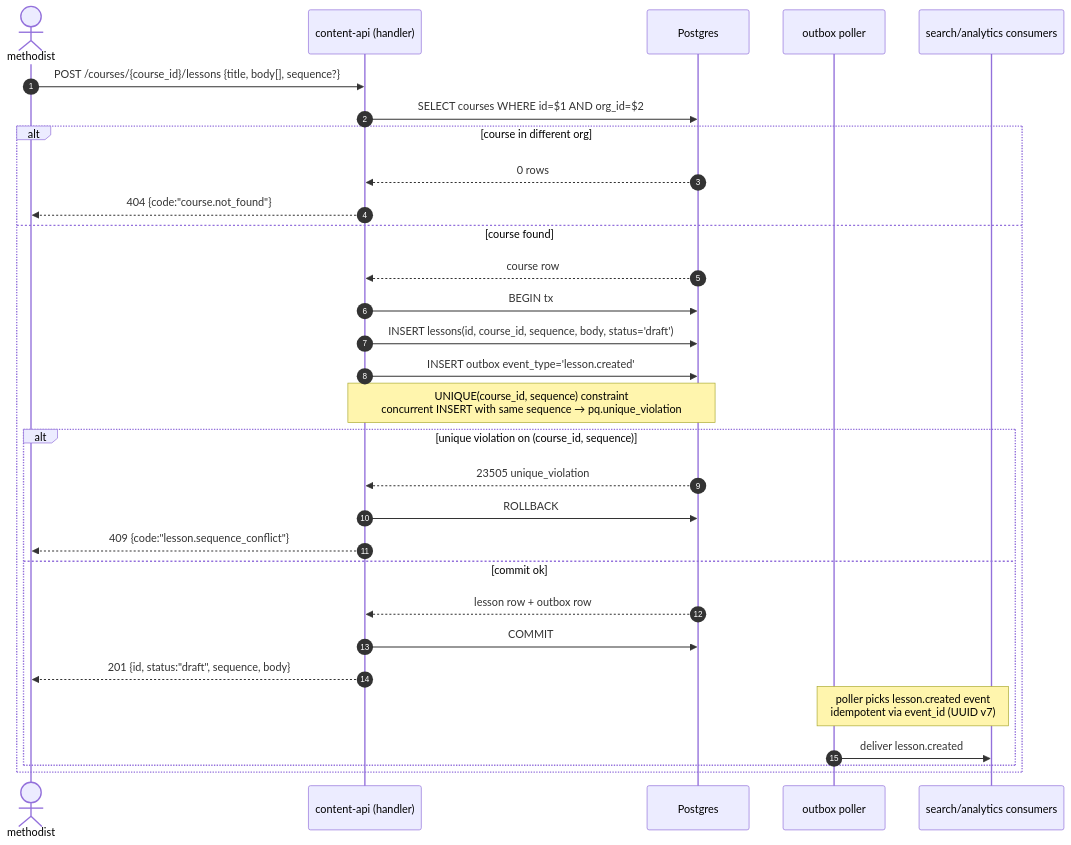
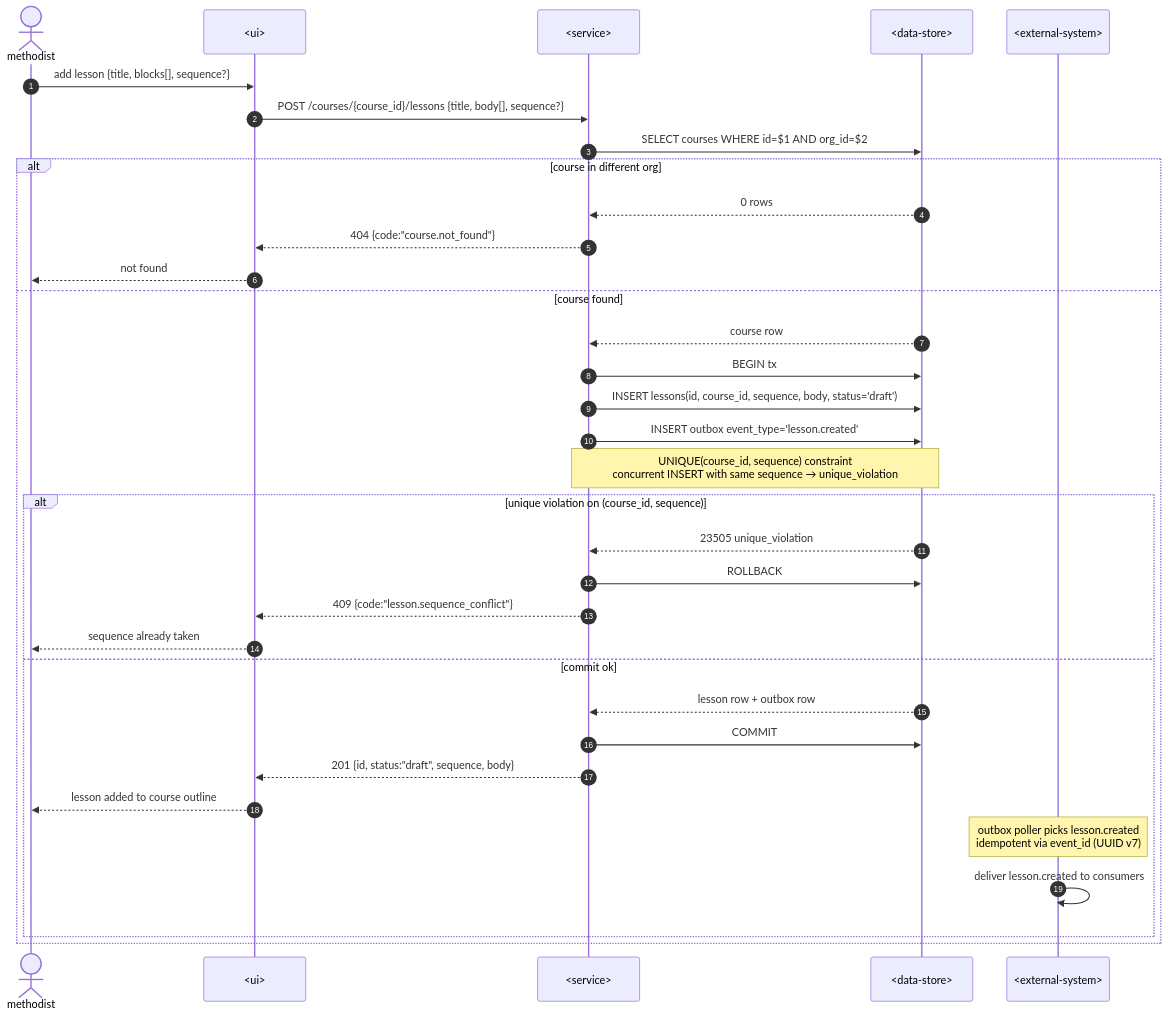
One commit to genkovich/agentic-engineering-course-public changed the fourth of 13 diagrams in modules/6-sdlc/sdlc/examples/course-lesson-mvp/sad.md. Above: the diagram before and after it, drawn with Mermaid. The commit also changed other lines of this file and 139 other files, not shown here.

First line of the commit message:
sdlc: синк плагіна до v4.5.1 (21 skill, agents, map-architecture)

````diff
--- a/modules/6-sdlc/sdlc/examples/course-lesson-mvp/sad.md
+++ b/modules/6-sdlc/sdlc/examples/course-lesson-mvp/sad.md
@@ -202,33 +213,37 @@
 ```mermaid
 sequenceDiagram
     autonumber
     actor M as methodist
-    participant API as content-api (handler)
-    participant DB as Postgres
-    participant OUT as outbox poller
-    participant CON as search/analytics consumers
+    participant UI as <ui>
+    participant SVC as <service>
+    participant DS as <data-store>
+    participant EXT as <external-system>
 
-    M->>API: POST /courses/{course_id}/lessons {title, body[], sequence?}
-    API->>DB: SELECT courses WHERE id=$1 AND org_id=$2
+    M->>UI: add lesson {title, blocks[], sequence?}
+    UI->>SVC: POST /courses/{course_id}/lessons {title, body[], sequence?}
+    SVC->>DS: SELECT courses WHERE id=$1 AND org_id=$2
     alt course in different org
-        DB-->>API: 0 rows
-        API-->>M: 404 {code:"course.not_found"}
+        DS-->>SVC: 0 rows
+        SVC-->>UI: 404 {code:"course.not_found"}
+        UI-->>M: not found
     else course found
-        DB-->>API: course row
-        API->>DB: BEGIN tx
-        API->>DB: INSERT lessons(id, course_id, sequence, body, status='draft')
-        API->>DB: INSERT outbox event_type='lesson.created'
-        Note over API, DB: UNIQUE(course_id, sequence) constraint<br/>concurrent INSERT with same sequence → pq.unique_violation
+        DS-->>SVC: course row
+        SVC->>DS: BEGIN tx
+        SVC->>DS: INSERT lessons(id, course_id, sequence, body, status='draft')
+        SVC->>DS: INSERT outbox event_type='lesson.created'
+        Note over SVC, DS: UNIQUE(course_id, sequence) constraint<br/>concurrent INSERT with same sequence → unique_violation
         alt unique violation on (course_id, sequence)
-            DB-->>API: 23505 unique_violation
-            API->>DB: ROLLBACK
-            API-->>M: 409 {code:"lesson.sequence_conflict"}
+            DS-->>SVC: 23505 unique_violation
+            SVC->>DS: ROLLBACK
+            SVC-->>UI: 409 {code:"lesson.sequence_conflict"}
+            UI-->>M: sequence already taken
         else commit ok
-            DB-->>API: lesson row + outbox row
-            API->>DB: COMMIT
-            API-->>M: 201 {id, status:"draft", sequence, body}
-            Note over OUT, CON: poller picks lesson.created event<br/>idempotent via event_id (UUID v7)
-            OUT->>CON: deliver lesson.created
+            DS-->>SVC: lesson row + outbox row
+            SVC->>DS: COMMIT
+            SVC-->>UI: 201 {id, status:"draft", sequence, body}
+            UI-->>M: lesson added to course outline
+            Note over EXT: outbox poller picks lesson.created<br/>idempotent via event_id (UUID v7)
+            EXT->>EXT: deliver lesson.created to consumers
         end
     end
 ```
````
